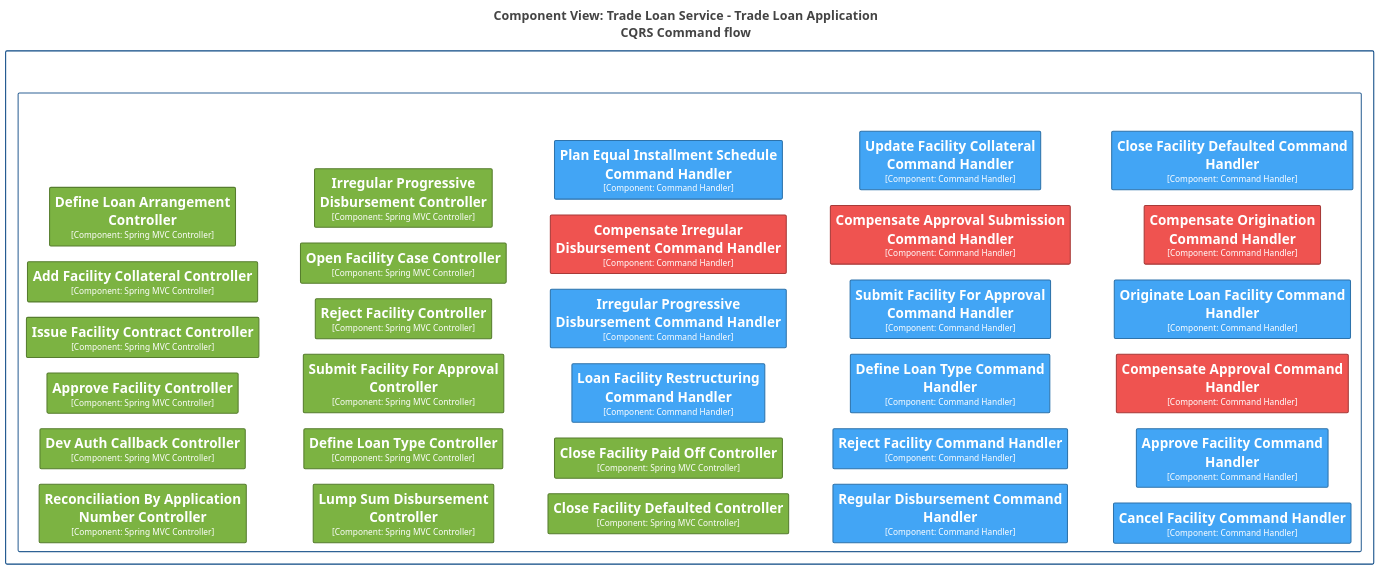
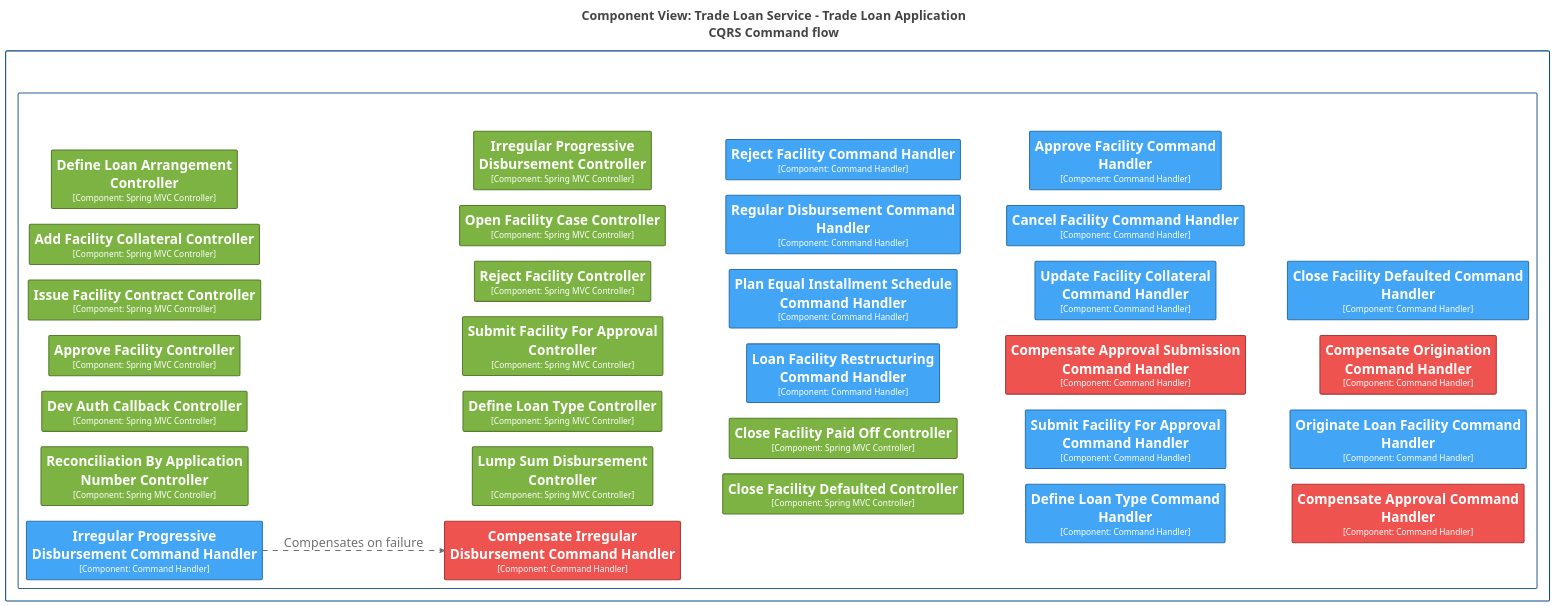
Before and after one commit to ghazalehjozani/nova: the diagram in documents/c4/plantuml/CommandFlow.puml, drawn with PlantUML. The commit also changed 57 other files, not shown here.

```diff
--- a/documents/c4/plantuml/CommandFlow.puml
+++ b/documents/c4/plantuml/CommandFlow.puml
@@ -1,111 +1,121 @@
 @startuml
 title <size:24>Component View: Trade Loan Service - Trade Loan Application</size>\n<size:24>CQRS Command flow</size>
 
 set separator none
 left to right direction
 skinparam ranksep 80
 skinparam nodesep 30
 hide stereotype
 
 <style>
   root {
     BackgroundColor: #ffffff;
     FontColor: #444444;
   }
   // Element,Component,Controller
   .Element-RWxlbWVudCxDb21wb25lbnQsQ29udHJvbGxlcg== {
     BackgroundColor: #7cb342;
     LineColor: #567d2e;
     LineStyle: 0;
     LineThickness: 2;
     FontColor: #ffffff;
     FontSize: 24;
     HorizontalAlignment: center;
     Shadowing: 0;
     MaximumWidth: 450;
   }
   // Element,Component,Handler
   .Element-RWxlbWVudCxDb21wb25lbnQsSGFuZGxlcg== {
     BackgroundColor: #42a5f5;
     LineColor: #2e73ab;
     LineStyle: 0;
     LineThickness: 2;
     FontColor: #ffffff;
     FontSize: 24;
     HorizontalAlignment: center;
     Shadowing: 0;
     MaximumWidth: 450;
   }
   // Element,Component,Handler,Compensation
   .Element-RWxlbWVudCxDb21wb25lbnQsSGFuZGxlcixDb21wZW5zYXRpb24= {
     BackgroundColor: #ef5350;
     LineColor: #a73a38;
     LineStyle: 0;
     LineThickness: 2;
     FontColor: #ffffff;
     FontSize: 24;
     HorizontalAlignment: center;
     Shadowing: 0;
     MaximumWidth: 450;
+  }
+  // Relationship
+  .Relationship-UmVsYXRpb25zaGlw {
+    LineThickness: 2;
+    LineStyle: 10-10;
+    LineColor: #707070;
+    FontColor: #707070;
+    FontSize: 24;
   }
   // Trade Loan Application
   .Boundary-VHJhZGUgTG9hbiBBcHBsaWNhdGlvbg== {
     BackgroundColor: #ffffff;
     LineColor: #2e6295;
     LineStyle: 0;
     LineThickness: 2;
     FontColor: #ffffff;
     FontSize: 24;
     HorizontalAlignment: center;
     Shadowing: 0;
   }
   // Trade Loan Service
   .Boundary-VHJhZGUgTG9hbiBTZXJ2aWNl {
     BackgroundColor: #ffffff;
     LineColor: #0b4884;
     LineStyle: 0;
     LineThickness: 2;
     FontColor: #ffffff;
     FontSize: 24;
     HorizontalAlignment: center;
     Shadowing: 0;
   }
 </style>
 
 rectangle "Trade Loan Service\n<size:16>[Software System]</size>" <<Boundary-VHJhZGUgTG9hbiBTZXJ2aWNl>> {
   rectangle "Trade Loan Application\n<size:16>[Container: Java 25, Spring Boot 4]</size>" <<Boundary-VHJhZGUgTG9hbiBBcHBsaWNhdGlvbg==>> {
     rectangle "==Reconciliation By Application Number Controller\n<size:16>[Component: Spring MVC Controller]</size>" <<Element-RWxlbWVudCxDb21wb25lbnQsQ29udHJvbGxlcg==>> as TradeLoanService.TradeLoanApplication.ReconciliationByApplicationNumberController
     rectangle "==Dev Auth Callback Controller\n<size:16>[Component: Spring MVC Controller]</size>" <<Element-RWxlbWVudCxDb21wb25lbnQsQ29udHJvbGxlcg==>> as TradeLoanService.TradeLoanApplication.DevAuthCallbackController
     rectangle "==Approve Facility Controller\n<size:16>[Component: Spring MVC Controller]</size>" <<Element-RWxlbWVudCxDb21wb25lbnQsQ29udHJvbGxlcg==>> as TradeLoanService.TradeLoanApplication.ApproveFacilityController
     rectangle "==Issue Facility Contract Controller\n<size:16>[Component: Spring MVC Controller]</size>" <<Element-RWxlbWVudCxDb21wb25lbnQsQ29udHJvbGxlcg==>> as TradeLoanService.TradeLoanApplication.IssueFacilityContractController
     rectangle "==Add Facility Collateral Controller\n<size:16>[Component: Spring MVC Controller]</size>" <<Element-RWxlbWVudCxDb21wb25lbnQsQ29udHJvbGxlcg==>> as TradeLoanService.TradeLoanApplication.AddFacilityCollateralController
     rectangle "==Define Loan Arrangement Controller\n<size:16>[Component: Spring MVC Controller]</size>" <<Element-RWxlbWVudCxDb21wb25lbnQsQ29udHJvbGxlcg==>> as TradeLoanService.TradeLoanApplication.DefineLoanArrangementController
     rectangle "==Lump Sum Disbursement Controller\n<size:16>[Component: Spring MVC Controller]</size>" <<Element-RWxlbWVudCxDb21wb25lbnQsQ29udHJvbGxlcg==>> as TradeLoanService.TradeLoanApplication.LumpSumDisbursementController
     rectangle "==Define Loan Type Controller\n<size:16>[Component: Spring MVC Controller]</size>" <<Element-RWxlbWVudCxDb21wb25lbnQsQ29udHJvbGxlcg==>> as TradeLoanService.TradeLoanApplication.DefineLoanTypeController
     rectangle "==Submit Facility For Approval Controller\n<size:16>[Component: Spring MVC Controller]</size>" <<Element-RWxlbWVudCxDb21wb25lbnQsQ29udHJvbGxlcg==>> as TradeLoanService.TradeLoanApplication.SubmitFacilityForApprovalController
     rectangle "==Reject Facility Controller\n<size:16>[Component: Spring MVC Controller]</size>" <<Element-RWxlbWVudCxDb21wb25lbnQsQ29udHJvbGxlcg==>> as TradeLoanService.TradeLoanApplication.RejectFacilityController
     rectangle "==Open Facility Case Controller\n<size:16>[Component: Spring MVC Controller]</size>" <<Element-RWxlbWVudCxDb21wb25lbnQsQ29udHJvbGxlcg==>> as TradeLoanService.TradeLoanApplication.OpenFacilityCaseController
     rectangle "==Irregular Progressive Disbursement Controller\n<size:16>[Component: Spring MVC Controller]</size>" <<Element-RWxlbWVudCxDb21wb25lbnQsQ29udHJvbGxlcg==>> as TradeLoanService.TradeLoanApplication.IrregularProgressiveDisbursementController
     rectangle "==Close Facility Defaulted Controller\n<size:16>[Component: Spring MVC Controller]</size>" <<Element-RWxlbWVudCxDb21wb25lbnQsQ29udHJvbGxlcg==>> as TradeLoanService.TradeLoanApplication.CloseFacilityDefaultedController
     rectangle "==Close Facility Paid Off Controller\n<size:16>[Component: Spring MVC Controller]</size>" <<Element-RWxlbWVudCxDb21wb25lbnQsQ29udHJvbGxlcg==>> as TradeLoanService.TradeLoanApplication.CloseFacilityPaidOffController
     rectangle "==Loan Facility Restructuring Command Handler\n<size:16>[Component: Command Handler]</size>" <<Element-RWxlbWVudCxDb21wb25lbnQsSGFuZGxlcg==>> as TradeLoanService.TradeLoanApplication.LoanFacilityRestructuringCommandHandler
     rectangle "==Irregular Progressive Disbursement Command Handler\n<size:16>[Component: Command Handler]</size>" <<Element-RWxlbWVudCxDb21wb25lbnQsSGFuZGxlcg==>> as TradeLoanService.TradeLoanApplication.IrregularProgressiveDisbursementCommandHandler
     rectangle "==Compensate Irregular Disbursement Command Handler\n<size:16>[Component: Command Handler]</size>" <<Element-RWxlbWVudCxDb21wb25lbnQsSGFuZGxlcixDb21wZW5zYXRpb24=>> as TradeLoanService.TradeLoanApplication.CompensateIrregularDisbursementCommandHandler
     rectangle "==Plan Equal Installment Schedule Command Handler\n<size:16>[Component: Command Handler]</size>" <<Element-RWxlbWVudCxDb21wb25lbnQsSGFuZGxlcg==>> as TradeLoanService.TradeLoanApplication.PlanEqualInstallmentScheduleCommandHandler
     rectangle "==Regular Disbursement Command Handler\n<size:16>[Component: Command Handler]</size>" <<Element-RWxlbWVudCxDb21wb25lbnQsSGFuZGxlcg==>> as TradeLoanService.TradeLoanApplication.RegularDisbursementCommandHandler
     rectangle "==Reject Facility Command Handler\n<size:16>[Component: Command Handler]</size>" <<Element-RWxlbWVudCxDb21wb25lbnQsSGFuZGxlcg==>> as TradeLoanService.TradeLoanApplication.RejectFacilityCommandHandler
     rectangle "==Define Loan Type Command Handler\n<size:16>[Component: Command Handler]</size>" <<Element-RWxlbWVudCxDb21wb25lbnQsSGFuZGxlcg==>> as TradeLoanService.TradeLoanApplication.DefineLoanTypeCommandHandler
     rectangle "==Submit Facility For Approval Command Handler\n<size:16>[Component: Command Handler]</size>" <<Element-RWxlbWVudCxDb21wb25lbnQsSGFuZGxlcg==>> as TradeLoanService.TradeLoanApplication.SubmitFacilityForApprovalCommandHandler
     rectangle "==Compensate Approval Submission Command Handler\n<size:16>[Component: Command Handler]</size>" <<Element-RWxlbWVudCxDb21wb25lbnQsSGFuZGxlcixDb21wZW5zYXRpb24=>> as TradeLoanService.TradeLoanApplication.CompensateApprovalSubmissionCommandHandler
     rectangle "==Update Facility Collateral Command Handler\n<size:16>[Component: Command Handler]</size>" <<Element-RWxlbWVudCxDb21wb25lbnQsSGFuZGxlcg==>> as TradeLoanService.TradeLoanApplication.UpdateFacilityCollateralCommandHandler
     rectangle "==Cancel Facility Command Handler\n<size:16>[Component: Command Handler]</size>" <<Element-RWxlbWVudCxDb21wb25lbnQsSGFuZGxlcg==>> as TradeLoanService.TradeLoanApplication.CancelFacilityCommandHandler
     rectangle "==Approve Facility Command Handler\n<size:16>[Component: Command Handler]</size>" <<Element-RWxlbWVudCxDb21wb25lbnQsSGFuZGxlcg==>> as TradeLoanService.TradeLoanApplication.ApproveFacilityCommandHandler
     rectangle "==Compensate Approval Command Handler\n<size:16>[Component: Command Handler]</size>" <<Element-RWxlbWVudCxDb21wb25lbnQsSGFuZGxlcixDb21wZW5zYXRpb24=>> as TradeLoanService.TradeLoanApplication.CompensateApprovalCommandHandler
     rectangle "==Originate Loan Facility Command Handler\n<size:16>[Component: Command Handler]</size>" <<Element-RWxlbWVudCxDb21wb25lbnQsSGFuZGxlcg==>> as TradeLoanService.TradeLoanApplication.OriginateLoanFacilityCommandHandler
     rectangle "==Compensate Origination Command Handler\n<size:16>[Component: Command Handler]</size>" <<Element-RWxlbWVudCxDb21wb25lbnQsSGFuZGxlcixDb21wZW5zYXRpb24=>> as TradeLoanService.TradeLoanApplication.CompensateOriginationCommandHandler
     rectangle "==Close Facility Defaulted Command Handler\n<size:16>[Component: Command Handler]</size>" <<Element-RWxlbWVudCxDb21wb25lbnQsSGFuZGxlcg==>> as TradeLoanService.TradeLoanApplication.CloseFacilityDefaultedCommandHandler
   }
 
 }
 
+TradeLoanService.TradeLoanApplication.IrregularProgressiveDisbursementCommandHandler --> TradeLoanService.TradeLoanApplication.CompensateIrregularDisbursementCommandHandler <<Relationship-UmVsYXRpb25zaGlw>> : "Compensates on failure"
+
 @enduml
```
